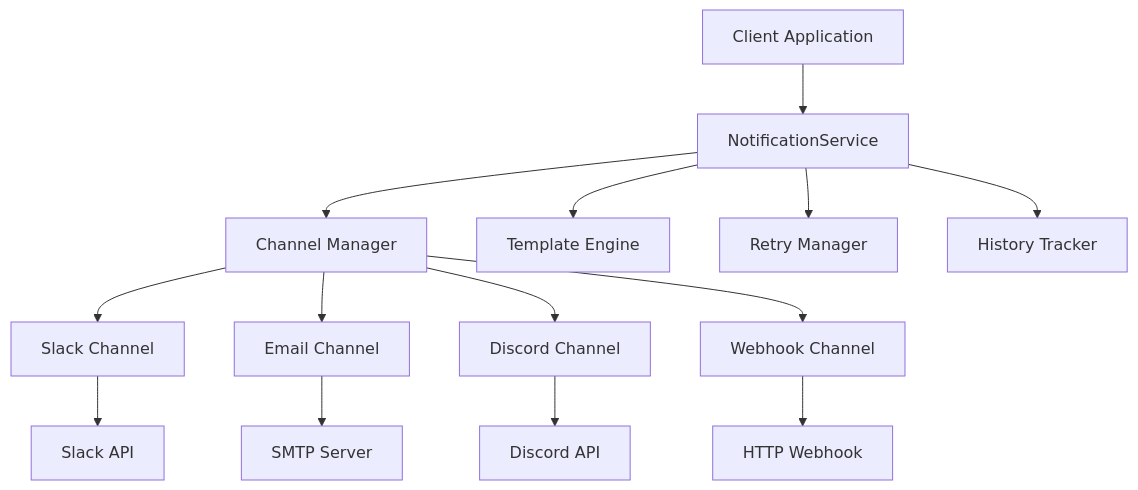
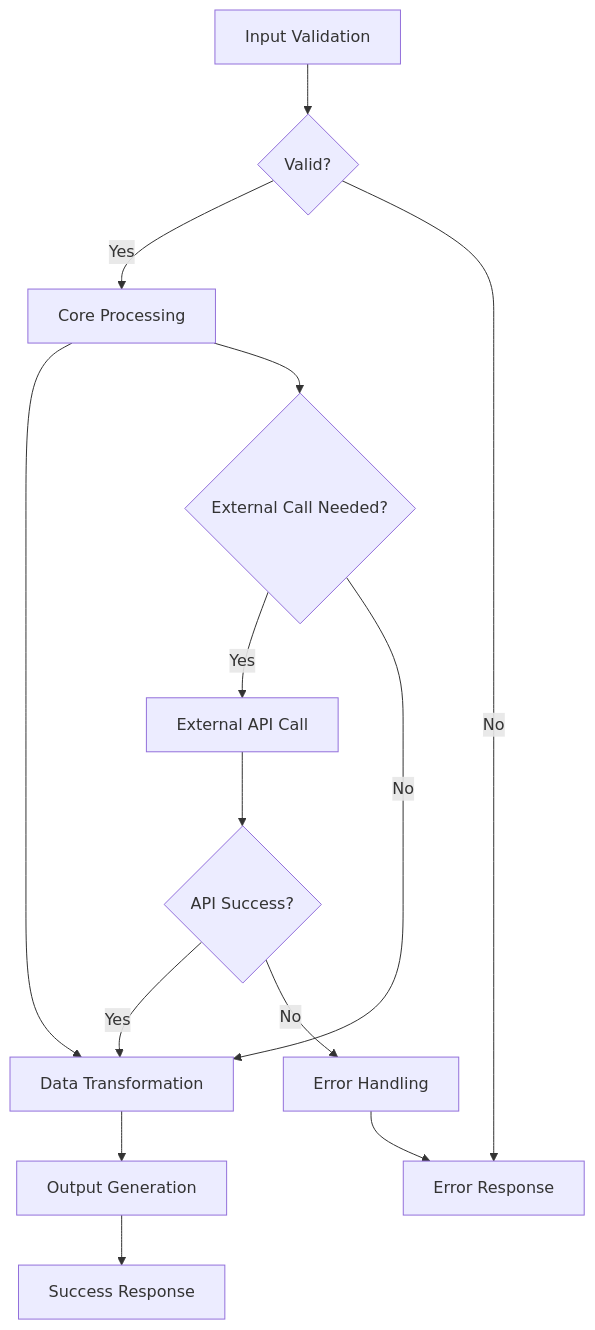
Before and after one commit to yeonjae-work/universal-modules: the fourth of 4 diagrams in packages/yeonjae-universal-notification-service/docs/technical-specification.md, drawn with Mermaid. The commit also changed other lines of this file and 11 other files, not shown here.

````diff
--- a/packages/yeonjae-universal-notification-service/docs/technical-specification.md
+++ b/packages/yeonjae-universal-notification-service/docs/technical-specification.md
@@ -26,19 +169,17 @@
 ```mermaid
-graph TB
-    A[Client Application] --> B[NotificationService]
+flowchart TD
+    A[Input Validation] --> B{Valid?}
+    B -->|Yes| C[Core Processing]
+    B -->|No| D[Error Response]
+    C --> E[Data Transformation]
+    E --> F[Output Generation]
+    F --> G[Success Response]
     
-    B --> C[Channel Manager]
-    C --> D[Slack Channel]
-    C --> E[Email Channel]
-    C --> F[Discord Channel]
-    C --> G[Webhook Channel]
-    
-    B --> H[Template Engine]
-    B --> I[Retry Manager]
-    B --> J[History Tracker]
-    
-    D --> K[Slack API]
-    E --> L[SMTP Server]
-    F --> M[Discord API]
-    G --> N[HTTP Webhook]
+    C --> H{External Call Needed?}
+    H -->|Yes| I[External API Call]
+    H -->|No| E
+    I --> J{API Success?}
+    J -->|Yes| E
+    J -->|No| K[Error Handling]
+    K --> D
 ```
````
